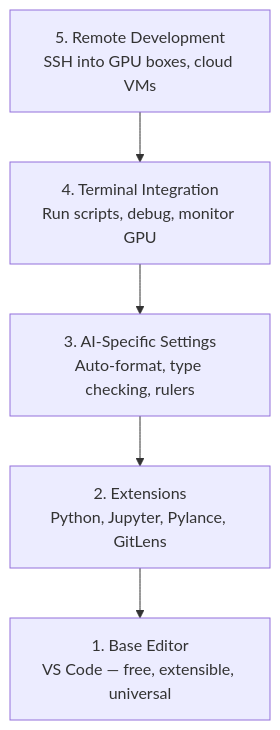
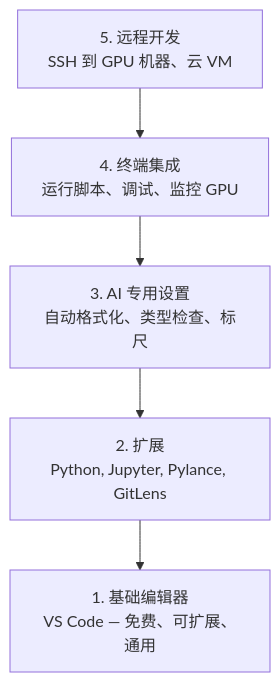
Before and after one commit to cq0206/ai-engineering-from-scratch: the diagram in phases/00-setup-and-tooling/08-editor-setup.md, drawn with Mermaid. The commit also changed other lines of this file and 67 other files, not shown here.

````diff
--- a/phases/00-setup-and-tooling/08-editor-setup.md
+++ b/phases/00-setup-and-tooling/08-editor-setup.md
@@ -27,8 +27,8 @@
 ```mermaid
 graph TD
-    L5["5. Remote Development<br/>SSH into GPU boxes, cloud VMs"] --> L4
-    L4["4. Terminal Integration<br/>Run scripts, debug, monitor GPU"] --> L3
-    L3["3. AI-Specific Settings<br/>Auto-format, type checking, rulers"] --> L2
-    L2["2. Extensions<br/>Python, Jupyter, Pylance, GitLens"] --> L1
-    L1["1. Base Editor<br/>VS Code — free, extensible, universal"]
+    L5["5. 远程开发<br/>SSH 到 GPU 机器、云 VM"] --> L4
+    L4["4. 终端集成<br/>运行脚本、调试、监控 GPU"] --> L3
+    L3["3. AI 专用设置<br/>自动格式化、类型检查、标尺"] --> L2
+    L2["2. 扩展<br/>Python, Jupyter, Pylance, GitLens"] --> L1
+    L1["1. 基础编辑器<br/>VS Code — 免费、可扩展、通用"]
 ```
````
